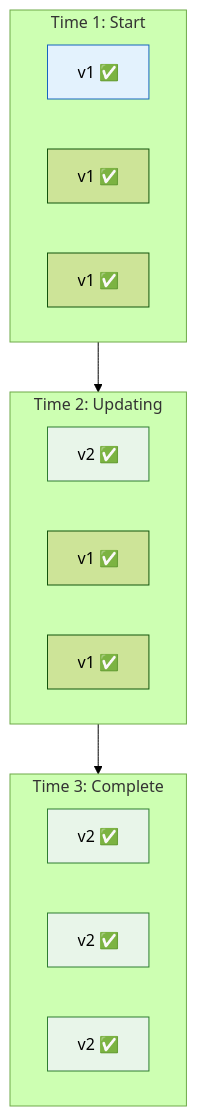
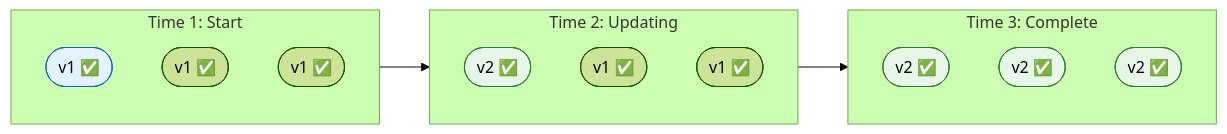
One commit to saivamsikaruturi/vamsilabs-dev-notes-main changed the second of 6 diagrams in docs/microservices/deployment-strategies.md. Above: the diagram before and after it, drawn with Mermaid (forest theme). The commit also changed other lines of this file and 146 other files, not shown here.

Commit message:
Horizontal diagrams, UML class diagrams, typography overhaul, and permalink cleanup

````diff
--- a/docs/microservices/deployment-strategies.md
+++ b/docs/microservices/deployment-strategies.md
@@ -31,28 +31,28 @@
 ```mermaid
-flowchart TD
+flowchart LR
     subgraph T1["Time 1: Start"]
-        A1["v1 ✅"] 
-        A2["v1 ✅"]
-        A3["v1 ✅"]
+        A1(["v1 ✅"]) 
+        A2(["v1 ✅"])
+        A3(["v1 ✅"])
     end
     
     subgraph T2["Time 2: Updating"]
-        B1["v2 ✅"]
-        B2["v1 ✅"]
-        B3["v1 ✅"]
+        B1(["v2 ✅"])
+        B2(["v1 ✅"])
+        B3(["v1 ✅"])
     end
     
     subgraph T3["Time 3: Complete"]
-        C1["v2 ✅"]
-        C2["v2 ✅"]
-        C3["v2 ✅"]
+        C1(["v2 ✅"])
+        C2(["v2 ✅"])
+        C3(["v2 ✅"])
     end
 
     T1 --> T2 --> T3
 
     style A1 fill:#E3F2FD,stroke:#1565C0,color:#000
     style B1 fill:#E8F5E9,stroke:#2E7D32,color:#000
     style C1 fill:#E8F5E9,stroke:#2E7D32,color:#000
     style C2 fill:#E8F5E9,stroke:#2E7D32,color:#000
     style C3 fill:#E8F5E9,stroke:#2E7D32,color:#000
 ```
````
